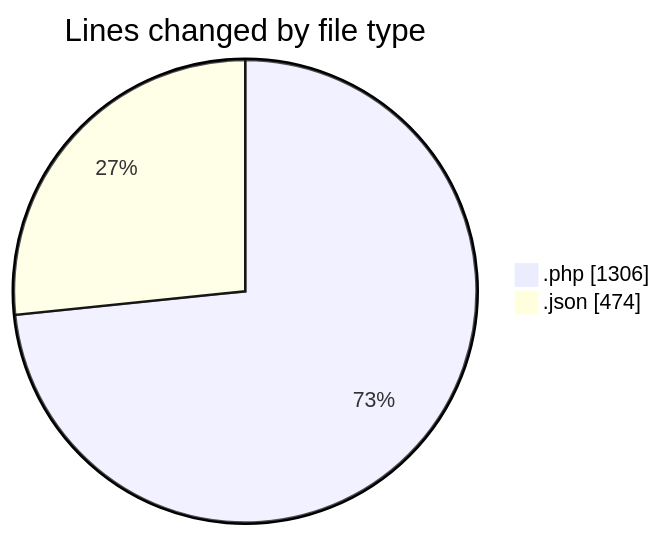
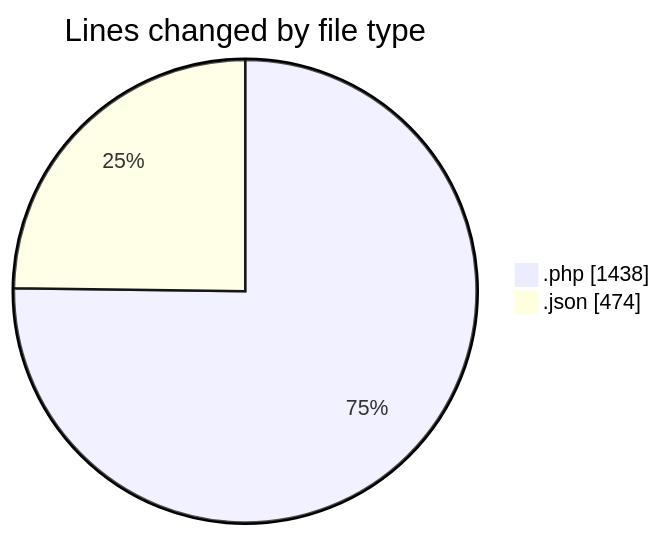
The first of 2 diagrams in 2025-06-02/studio-backend/README.md (idhammustaqopulfikri/code-tracking), drawn with Mermaid before and after one commit. The commit also changed other lines of this file and 1 other file, not shown here.

````diff
--- a/2025-06-02/studio-backend/README.md
+++ b/2025-06-02/studio-backend/README.md
@@ -38,6 +38,6 @@
 ```mermaid
 pie showData
 title Lines changed by file type
-".php" : 1306
+".php" : 1438
 ".json" : 474
 ```
````
